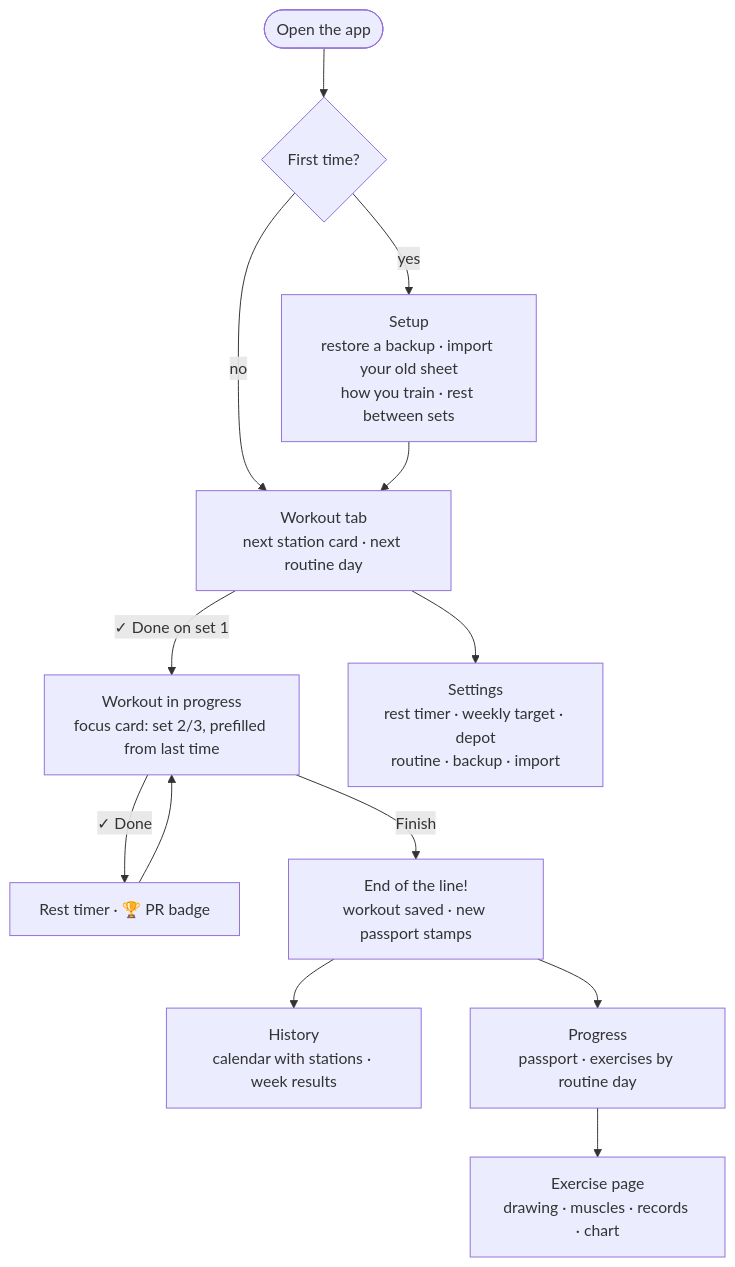
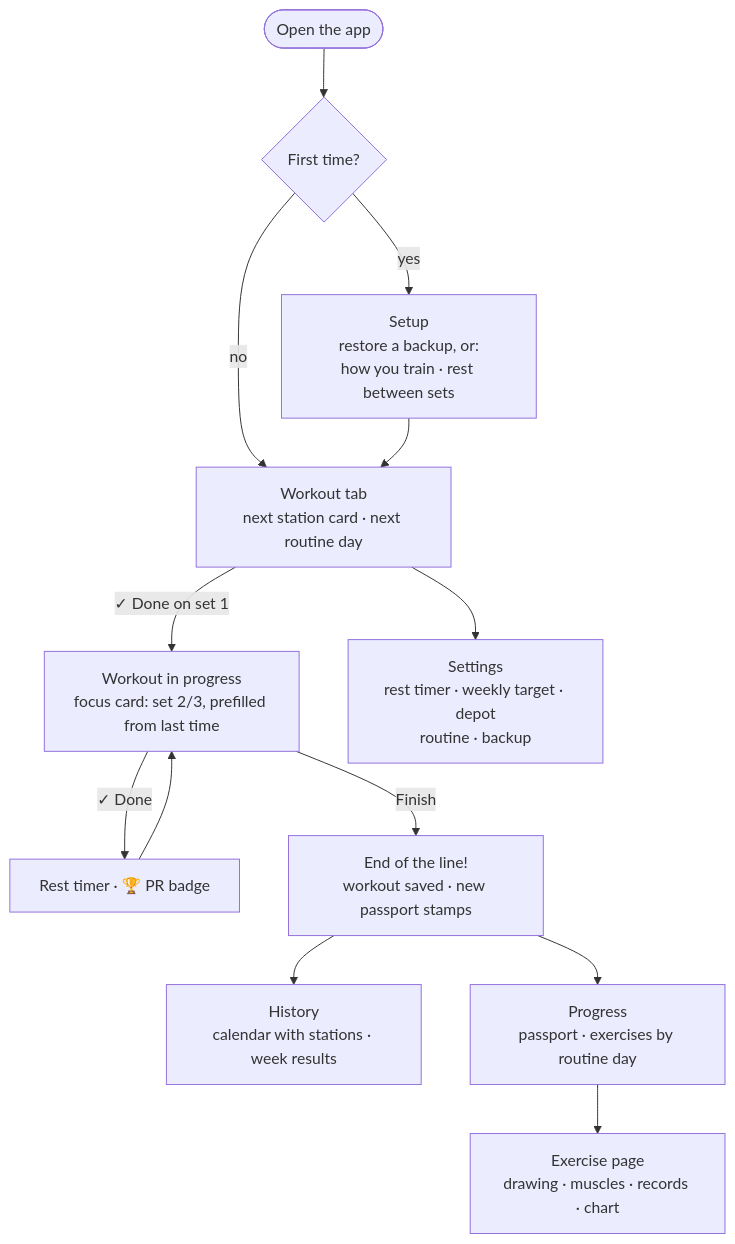
Before and after one commit to Wijnandvdm/gains-train: the second of 3 diagrams in docs/how-it-works.md, drawn with Mermaid. The commit also changed other lines of this file and 20 other files, not shown here.

Commit message:
removed old sheet import

````diff
--- a/docs/how-it-works.md
+++ b/docs/how-it-works.md
@@ -55,15 +54,15 @@
 ```mermaid
 flowchart TD
   OPEN([Open the app]) --> FIRST{First time?}
-  FIRST -- yes --> SETUP["Setup<br/>restore a backup · import your old sheet<br/>how you train · rest between sets"]
+  FIRST -- yes --> SETUP["Setup<br/>restore a backup, or:<br/>how you train · rest between sets"]
   FIRST -- no --> WORKOUT
   SETUP --> WORKOUT["Workout tab<br/>next station card · next routine day"]
   WORKOUT -- "✓ Done on set 1" --> ACTIVE["Workout in progress<br/>focus card: set 2/3, prefilled from last time"]
   ACTIVE -- "✓ Done" --> REST["Rest timer · 🏆 PR badge"]
   REST --> ACTIVE
   ACTIVE -- Finish --> DONE["End of the line!<br/>workout saved · new passport stamps"]
   DONE --> HISTORY["History<br/>calendar with stations · week results"]
   DONE --> PROGRESS["Progress<br/>passport · exercises by routine day"]
   PROGRESS --> EXERCISE["Exercise page<br/>drawing · muscles · records · chart"]
-  WORKOUT --> SETTINGS["Settings<br/>rest timer · weekly target · depot<br/>routine · backup · import"]
+  WORKOUT --> SETTINGS["Settings<br/>rest timer · weekly target · depot<br/>routine · backup"]
 ```
````
